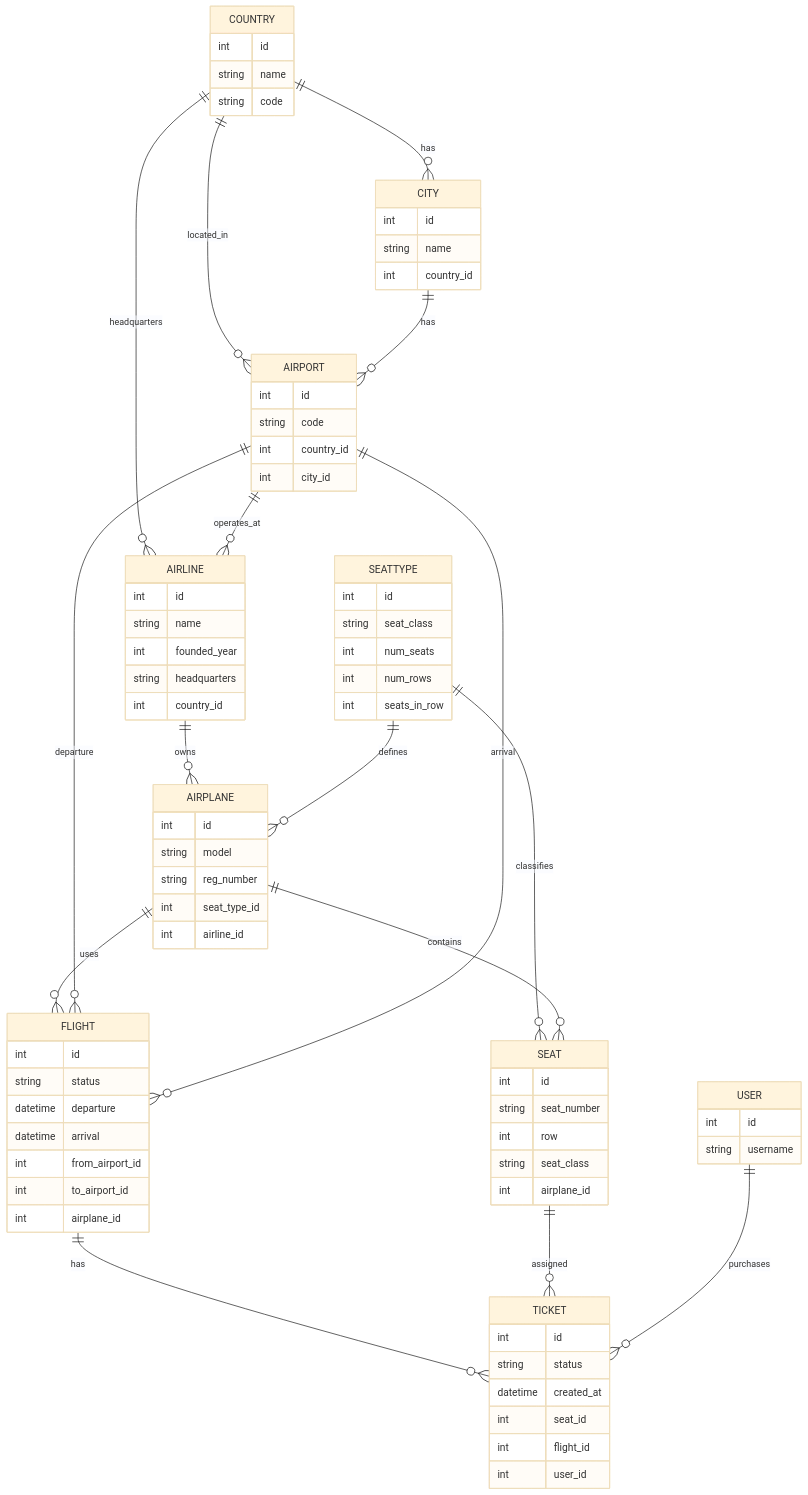
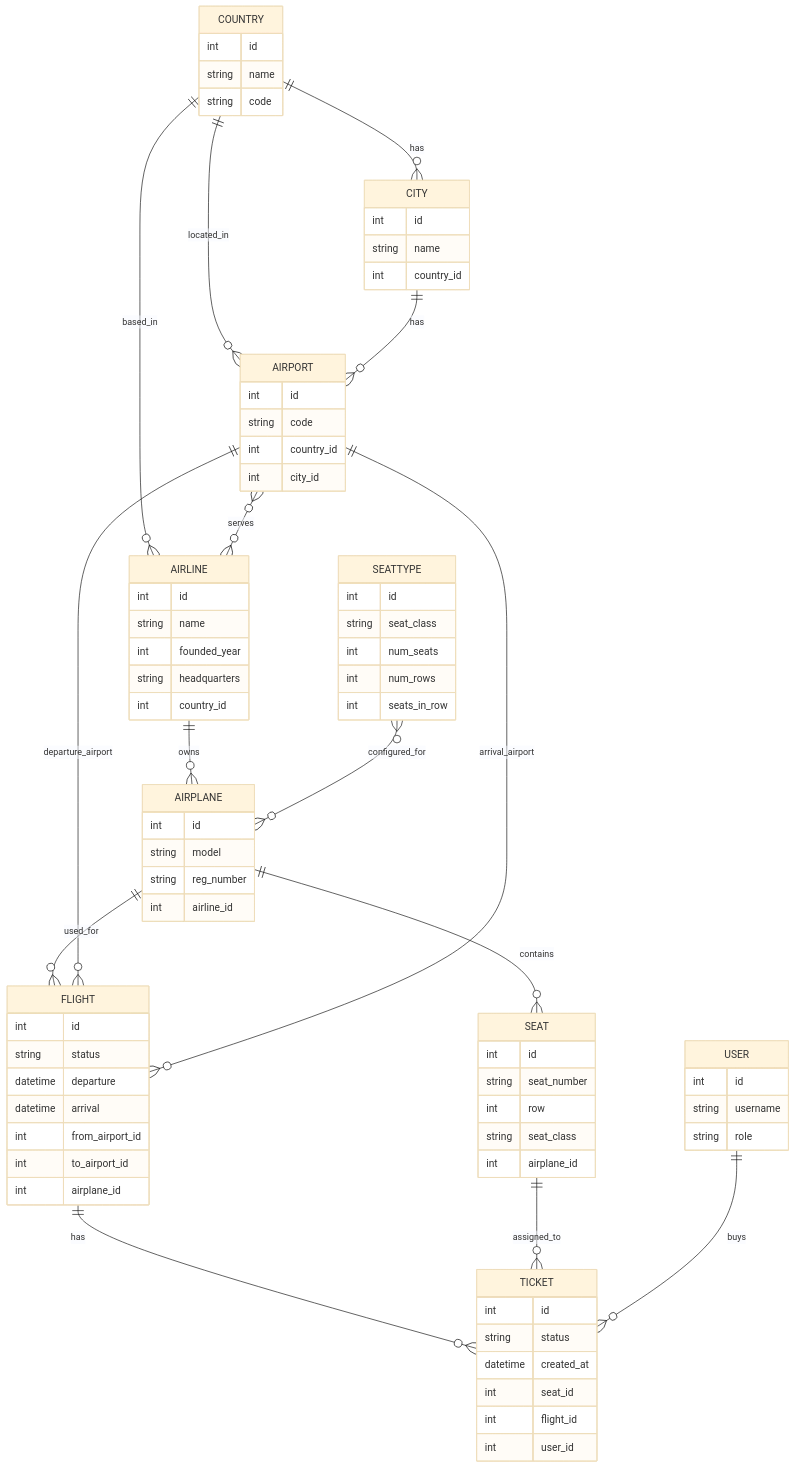
The diagram in airport_models_diagram.md (HalasOleh/airport-api), drawn with Mermaid (base theme) before and after one commit. The commit also changed other lines of this file and 28 other files, not shown here.

````diff
--- a/airport_models_diagram.md
+++ b/airport_models_diagram.md
@@ -3,40 +3,44 @@
 ```mermaid
 erDiagram
     COUNTRY ||--o{ CITY : "has"
-    COUNTRY ||--o{ AIRLINE : "headquarters"
     COUNTRY ||--o{ AIRPORT : "located_in"
+    COUNTRY ||--o{ AIRLINE : "based_in"
+
     CITY ||--o{ AIRPORT : "has"
-    AIRPORT ||--o{ AIRLINE : "operates_at"
+
+    AIRPORT }o--o{ AIRLINE : "serves"
     AIRLINE ||--o{ AIRPLANE : "owns"
-    SEATTYPE ||--o{ AIRPLANE : "defines"
-    SEATTYPE ||--o{ SEAT : "classifies"
+
+    SEATTYPE }o--o{ AIRPLANE : "configured_for"
     AIRPLANE ||--o{ SEAT : "contains"
-    AIRPLANE ||--o{ FLIGHT : "uses"
-    AIRPORT ||--o{ FLIGHT : "departure"
-    AIRPORT ||--o{ FLIGHT : "arrival"
+    AIRPLANE ||--o{ FLIGHT : "used_for"
+
+    AIRPORT ||--o{ FLIGHT : "departure_airport"
+    AIRPORT ||--o{ FLIGHT : "arrival_airport"
+
     FLIGHT ||--o{ TICKET : "has"
-    SEAT ||--o{ TICKET : "assigned"
-    USER ||--o{ TICKET : "purchases"
+    SEAT ||--o{ TICKET : "assigned_to"
+    USER ||--o{ TICKET : "buys"
 
     COUNTRY {
         int id
         string name
         string code
     }
-    
+
     CITY {
         int id
         string name
         int country_id
     }
-    
+
     AIRPORT {
         int id
         string code
         int country_id
         int city_id
     }
-    
+
     AIRLINE {
         int id
         string name
@@ -44,7 +48,7 @@
         string headquarters
         int country_id
     }
-    
+
     SEATTYPE {
         int id
         string seat_class
@@ -52,15 +56,22 @@
         int num_rows
         int seats_in_row
     }
-    
+
     AIRPLANE {
         int id
         string model
         string reg_number
-        int seat_type_id
         int airline_id
     }
-    
+
+    SEAT {
+        int id
+        string seat_number
+        int row
+        string seat_class
+        int airplane_id
+    }
+
     FLIGHT {
         int id
         string status
@@ -70,15 +81,7 @@
         int to_airport_id
         int airplane_id
     }
-    
-    SEAT {
-        int id
-        string seat_number
-        int row
-        string seat_class
-        int airplane_id
-    }
-    
+
     TICKET {
         int id
         string status
@@ -87,9 +90,10 @@
         int flight_id
         int user_id
     }
-    
+
     USER {
         int id
         string username
+        string role
     }
 ```
````
